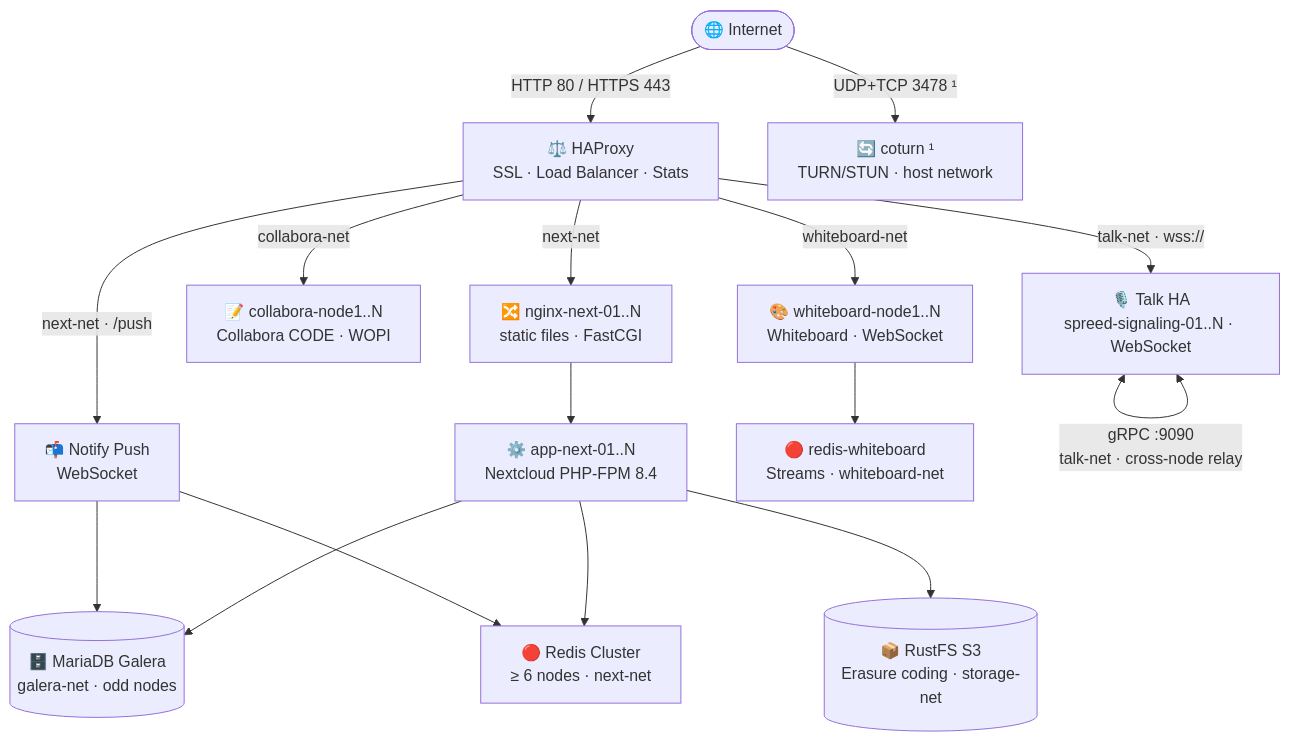
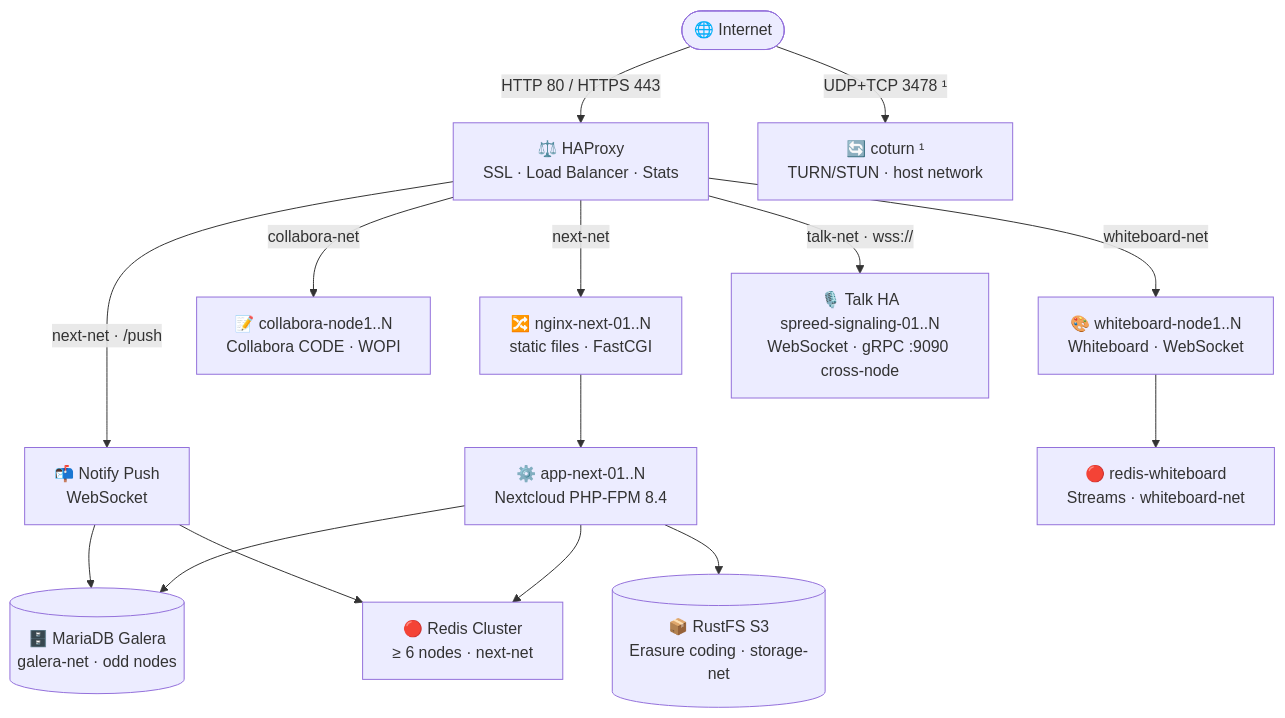
The diagram in README.md (oboeglen/Azure-NXT-Maxscale), drawn with Mermaid before and after one commit.

Commit message:
docs(mermaid): gRPC dans le label du node Talk HA — self-loop hors cadre sur GitHub

````diff
--- a/README.md
+++ b/README.md
@@ -141,28 +141,26 @@
 ```mermaid
 flowchart TD
     Internet(["🌐 Internet"]) -->|"HTTP 80 / HTTPS 443"| HAProxy
     Internet -->|"UDP+TCP 3478 ¹"| coturn
 
     HAProxy["⚖️ HAProxy\nSSL · Load Balancer · Stats"]
 
     HAProxy -->|"next-net · /push"| npush["📬 Notify Push\nWebSocket"]
     HAProxy -->|next-net| nginx["🔀 nginx-next-01..N\nstatic files · FastCGI"]
     HAProxy -->|collabora-net| collab["📝 collabora-node1..N\nCollabora CODE · WOPI"]
     HAProxy -->|whiteboard-net| wb["🎨 whiteboard-node1..N\nWhiteboard · WebSocket"]
-    HAProxy -->|"talk-net · wss://"| sig["🎙️ Talk HA\nspreed-signaling-01..N · WebSocket"]
+    HAProxy -->|"talk-net · wss://"| sig["🎙️ Talk HA\nspreed-signaling-01..N\nWebSocket · gRPC :9090 cross-node"]
 
     nginx --> fpm["⚙️ app-next-01..N\nNextcloud PHP-FPM 8.4"]
 
     fpm --> galera[("🗄️ MariaDB Galera\ngalera-net · odd nodes")]
     fpm --> redis["🔴 Redis Cluster\n≥ 6 nodes · next-net"]
     fpm --> rustfs[("📦 RustFS S3\nErasure coding · storage-net")]
 
     wb --> redis_wb["🔴 redis-whiteboard\nStreams · whiteboard-net"]
 
-    sig <-->|"gRPC :9090\ntalk-net · cross-node relay"| sig
-
     npush --> redis
     npush --> galera
 
     coturn["🔄 coturn ¹\nTURN/STUN · host network"]
 ```
````
